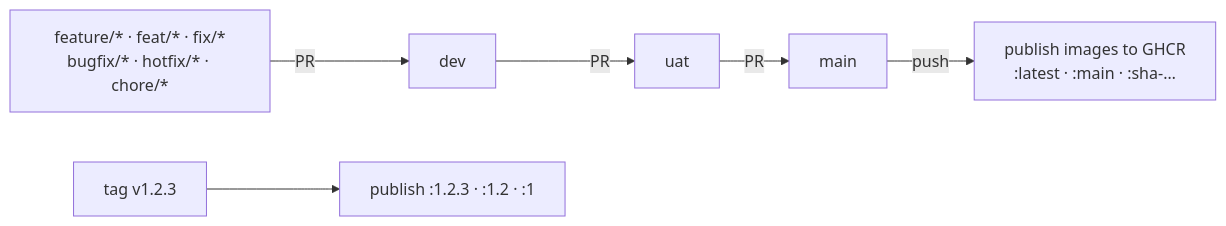
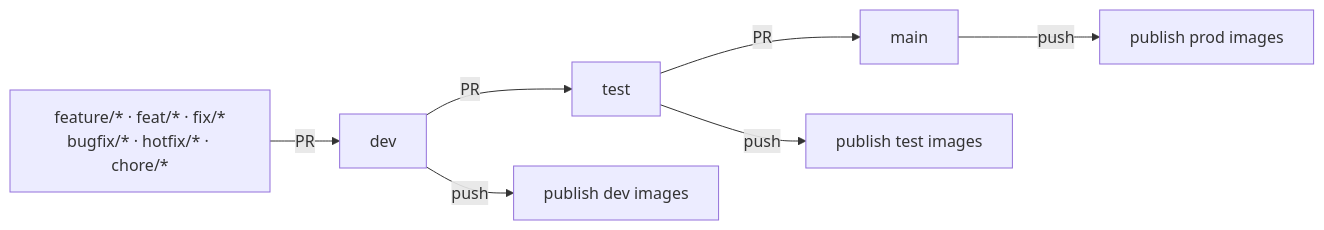
The diagram in README.md (omaryehia015/capgemini-dbt-portal-deploy), drawn with Mermaid before and after one commit. The commit also changed other lines of this file and 6 other files, not shown here.

````diff
--- a/README.md
+++ b/README.md
@@ -158,6 +158,7 @@
 ```mermaid
 flowchart LR
-    F["feature/* · feat/* · fix/*<br/>bugfix/* · hotfix/* · chore/*"] -->|PR| D["dev"] -->|PR| U["uat"] -->|PR| M["main"]
-    M -->|push| P["publish images to GHCR<br/>:latest · :main · :sha-…"]
-    T["tag v1.2.3"] --> P2["publish :1.2.3 · :1.2 · :1"]
+  F["feature/* · feat/* · fix/*<br/>bugfix/* · hotfix/* · chore/*"] -->|PR| D["dev"] -->|PR| T["test"] -->|PR| M["main"]
+  D -->|push| PD["publish dev images"]
+  T -->|push| PT["publish test images"]
+  M -->|push| PM["publish prod images"]
 ```
````
